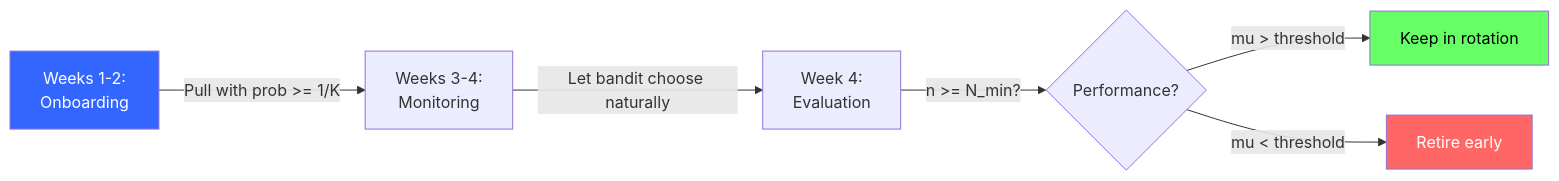
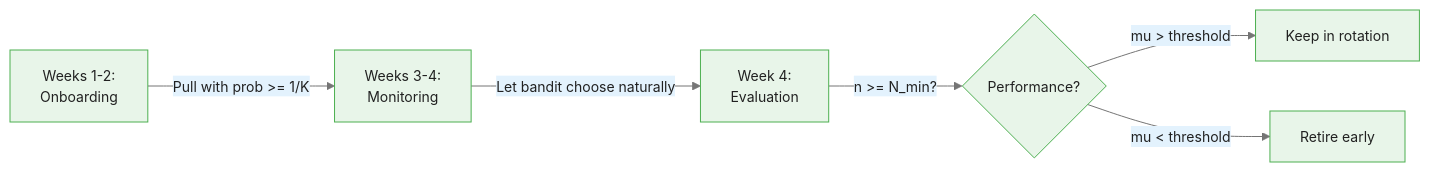
Before and after one commit to m-deane/course-creator: the third of 5 diagrams in courses/multi-armed-bandits-ab-testing/modules/module_04_content_growth_optimization/guides/03_arm_management_slides.md, drawn with Mermaid. The commit also changed other lines of this file and 146 other files, not shown here.

````diff
--- a/courses/multi-armed-bandits-ab-testing/modules/module_04_content_growth_optimization/guides/03_arm_management_slides.md
+++ b/courses/multi-armed-bandits-ab-testing/modules/module_04_content_growth_optimization/guides/03_arm_management_slides.md
@@ -104,12 +126,9 @@
 ```mermaid
+%%{init: {"theme": "base", "themeVariables": {"primaryColor": "#e8f5e9", "primaryBorderColor": "#4caf50", "primaryTextColor": "#212121", "secondaryColor": "#e3f2fd", "tertiaryColor": "#fff8e1", "lineColor": "#757575", "fontFamily": "Inter, sans-serif", "fontSize": "14px"}}}%%
 flowchart LR
     O["Weeks 1-2:<br/>Onboarding"] --> |"Pull with prob >= 1/K"| M["Weeks 3-4:<br/>Monitoring"]
     M --> |"Let bandit choose naturally"| E["Week 4:<br/>Evaluation"]
     E --> |"n >= N_min?"| D{"Performance?"}
     D -->|"mu > threshold"| Keep["Keep in rotation"]
     D -->|"mu < threshold"| Retire["Retire early"]
-
-    style O fill:#36f,color:#fff
-    style Keep fill:#6f6,color:#000
-    style Retire fill:#f66,color:#fff
 ```
````
